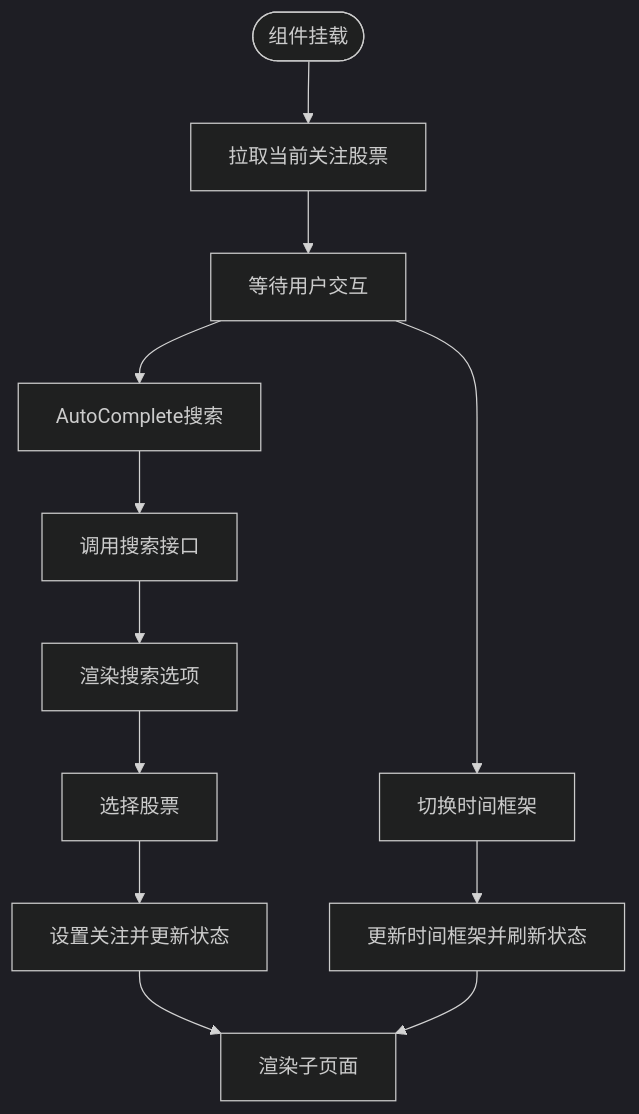
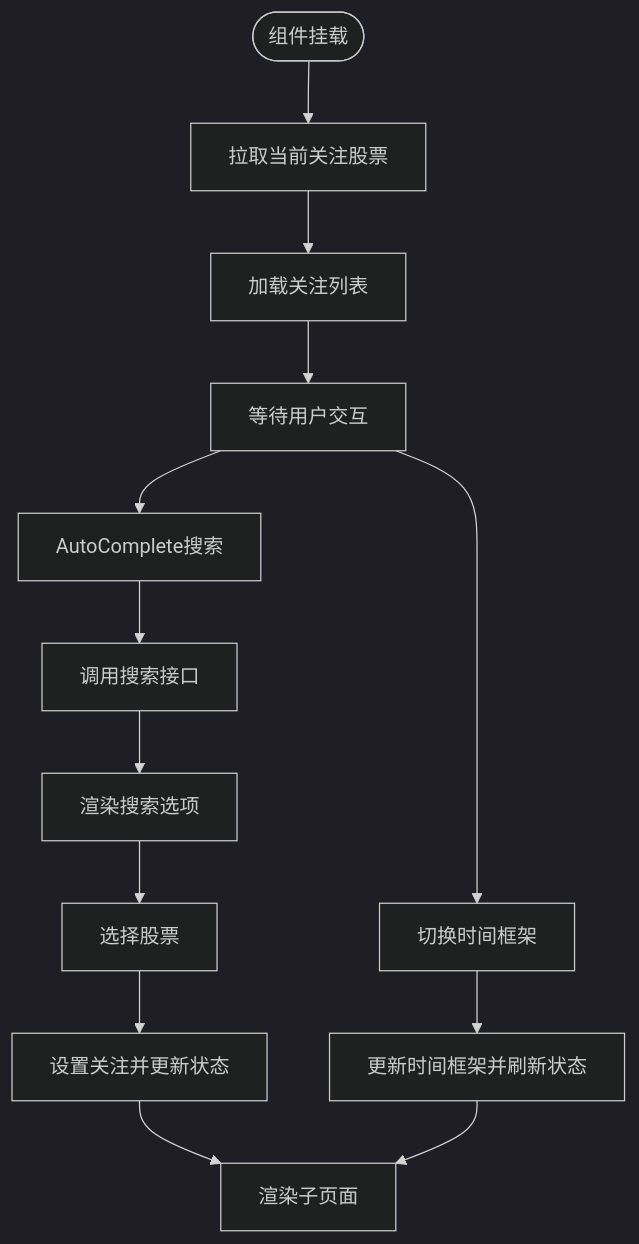
The third of 12 diagrams in .qoder/repowiki/zh/content/前端组件/前端组件.md (Moruime/stock_foker), drawn with Mermaid (dark theme) before and after one commit. The commit also changed other lines of this file and 52 other files, not shown here.

````diff
--- a/.qoder/repowiki/zh/content/前端组件/前端组件.md
+++ b/.qoder/repowiki/zh/content/前端组件/前端组件.md
@@ -204,14 +218,15 @@
 ```mermaid
 flowchart TD
 Start(["组件挂载"]) --> LoadFocus["拉取当前关注股票"]
-LoadFocus --> WaitUser["等待用户交互"]
+LoadFocus --> LoadWatchlist["加载关注列表"]
+LoadWatchlist --> WaitUser["等待用户交互"]
 WaitUser --> OnSearch["AutoComplete搜索"]
 OnSearch --> FetchResults["调用搜索接口"]
 FetchResults --> ShowOptions["渲染搜索选项"]
 ShowOptions --> OnSelect["选择股票"]
 OnSelect --> SetFocus["设置关注并更新状态"]
 WaitUser --> OnTimeFrame["切换时间框架"]
 OnTimeFrame --> UpdateTF["更新时间框架并刷新状态"]
 SetFocus --> RenderOutlet["渲染子页面"]
 UpdateTF --> RenderOutlet
 ```
````
